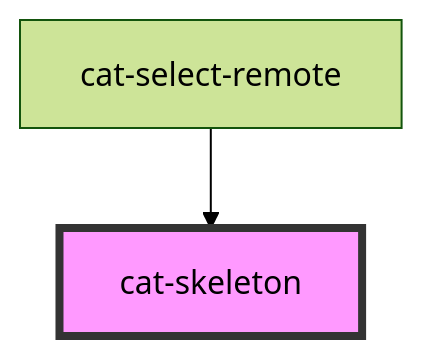
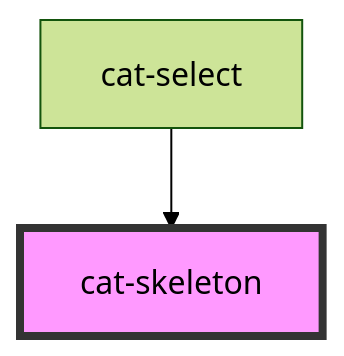
Before and after one commit to haiilo/catalyst: the diagram in core/src/components/cat-skeleton/readme.md, drawn with Mermaid (forest theme). The commit also changed other lines of this file and 27 other files, not shown here.

````diff
--- a/core/src/components/cat-skeleton/readme.md
+++ b/core/src/components/cat-skeleton/readme.md
@@ -34,5 +34,5 @@
 ```mermaid
 graph TD;
-  cat-select-remote --> cat-skeleton
+  cat-select --> cat-skeleton
   style cat-skeleton fill:#f9f,stroke:#333,stroke-width:4px
 ```
````
